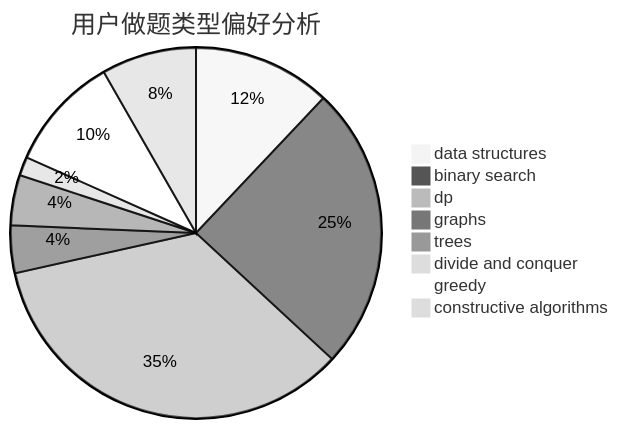
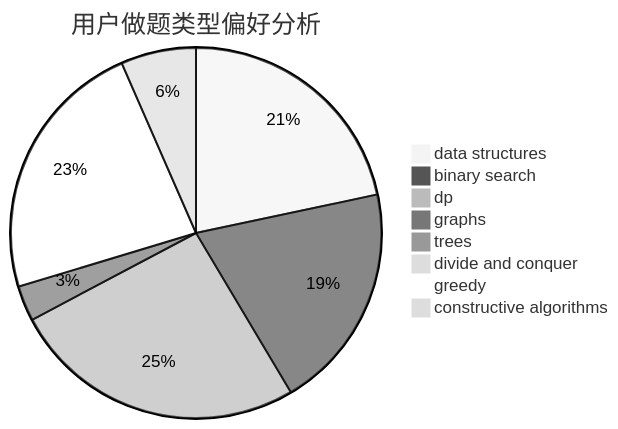
One commit to sherpahu/cfrs.github.io changed the second of 3 diagrams in docs/user/u1863.md. Above: the diagram before and after it, drawn with Mermaid (neutral theme). The commit also changed other lines of this file and 2770 other files, not shown here.

````diff
--- a/docs/user/u1863.md
+++ b/docs/user/u1863.md
@@ -23,11 +23,11 @@
 ```mermaid
 pie title 用户做题类型偏好分析
-    "data structures" :  96
-    "binary search" :  198
-    "dp" :  276
-    "graphs" :  33
-    "trees" :  35
-    "divide and conquer" :  13
-    "greedy" :  80
-    "constructive algorithms" :  66
+    "data structures" :  436
+    "binary search" :  398
+    "dp" :  519
+    "graphs" :  62
+    "trees" :  16
+    "divide and conquer" :  18
+    "greedy" :  465
+    "constructive algorithms" :  132
 ```
````
